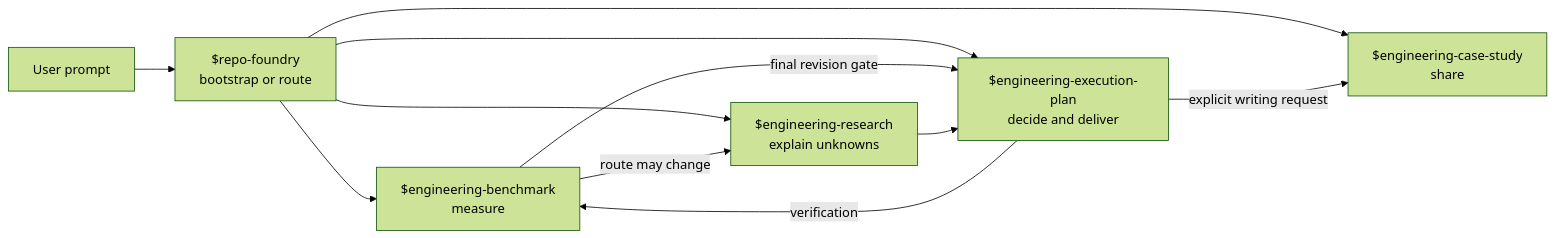
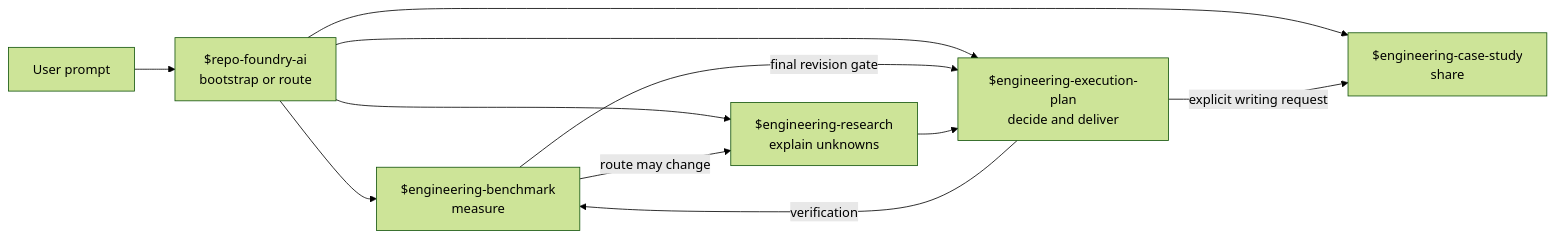
The first of 3 diagrams in examples/README.md (XiaoWeiKIN/RepoFoundryAI), drawn with Mermaid (forest theme) before and after one commit. The commit also changed other lines of this file and 18 other files, not shown here.

Commit message:
feat: align RepoFoundry AI skill name

````diff
--- a/examples/README.md
+++ b/examples/README.md
@@ -12,13 +12,13 @@
 ```mermaid
 flowchart LR
-    U["User prompt"] --> W["$repo-foundry<br/>bootstrap or route"]
+    U["User prompt"] --> W["$repo-foundry-ai<br/>bootstrap or route"]
     W --> B["$engineering-benchmark<br/>measure"]
     W --> R["$engineering-research<br/>explain unknowns"]
     W --> E["$engineering-execution-plan<br/>decide and deliver"]
     W --> C["$engineering-case-study<br/>share"]
     B -->|"route may change"| R
     B -->|"final revision gate"| E
     R --> E
     E -->|"verification"| B
     E -->|"explicit writing request"| C
 ```
````
